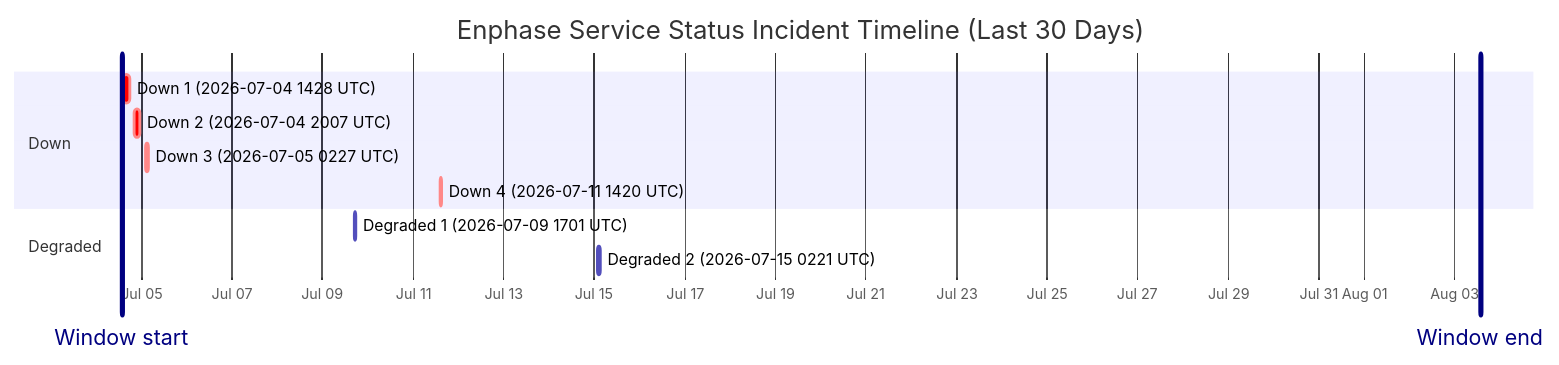
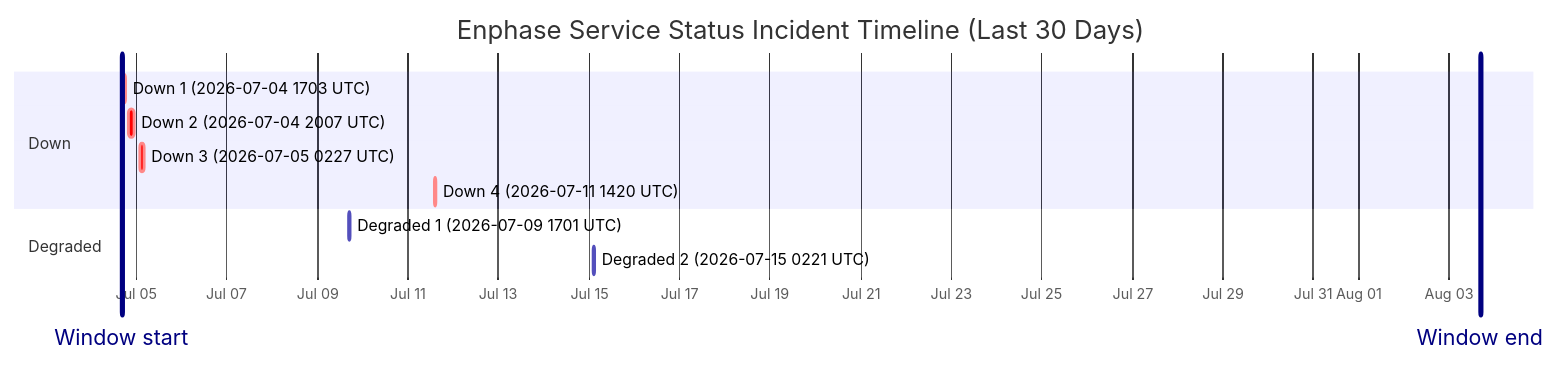
Before and after one commit to barneyonline/ha-enphase-energy: the diagram in wiki/Service-Status-History.md, drawn with Mermaid. The commit also changed other lines of this file and 3 other files, not shown here.

````diff
--- a/wiki/Service-Status-History.md
+++ b/wiki/Service-Status-History.md
@@ -14,16 +14,16 @@
 ```mermaid
 gantt
     title Enphase Service Status Incident Timeline (Last 30 Days)
     dateFormat  YYYY-MM-DDTHH:mm:ss
     axisFormat  %b %d
-    Window start :vert, window-start, 2026-07-04T13:39:35, 0ms
-    Window end :vert, window-end, 2026-08-03T13:39:35, 0ms
+    Window start :vert, window-start, 2026-07-04T16:23:28, 0ms
+    Window end :vert, window-end, 2026-08-03T16:23:28, 0ms
     section Down
-    Down 1 (2026-07-04 1428 UTC) :crit, down-1, 2026-07-04T14:28:07, 243m
+    Down 1 (2026-07-04 1703 UTC) :crit, down-1, 2026-07-04T17:03:27, 87m
     Down 2 (2026-07-04 2007 UTC) :crit, down-2, 2026-07-04T20:07:50, 206m
     Down 3 (2026-07-05 0227 UTC) :crit, down-3, 2026-07-05T02:27:32, 109m
     Down 4 (2026-07-11 1420 UTC) :crit, down-4, 2026-07-11T14:20:54, 69m
     section Degraded
     Degraded 1 (2026-07-09 1701 UTC) :active, degraded-1, 2026-07-09T17:01:02, 60m
     Degraded 2 (2026-07-15 0221 UTC) :active, degraded-2, 2026-07-15T02:21:35, 60m
 ```
````
